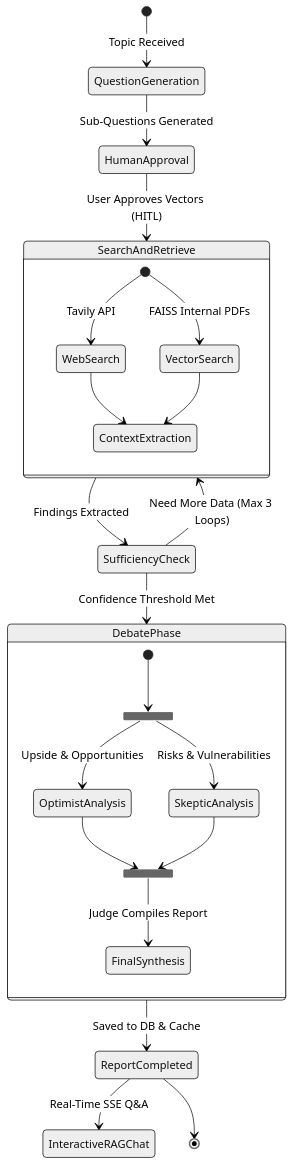
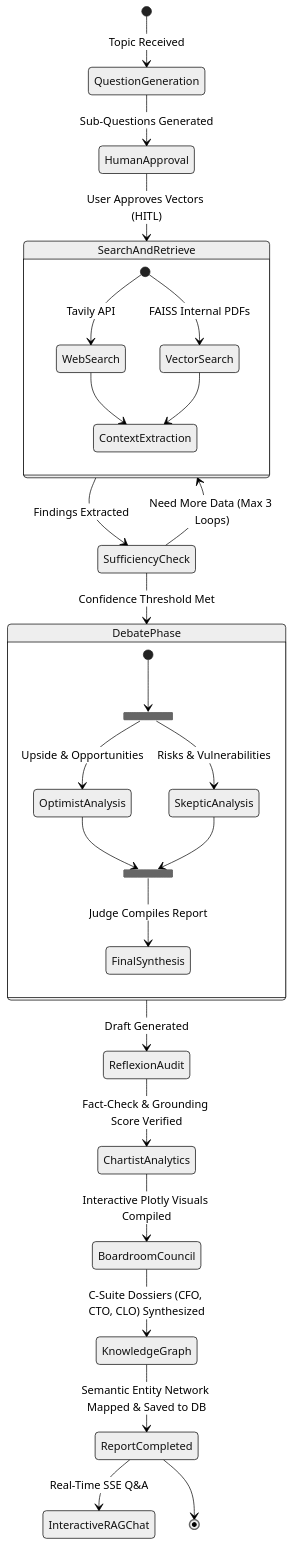
Before and after one commit to Anchalgupta1321/enterprise-research-agent: the second of 2 diagrams in README.md, drawn with Mermaid (neutral theme). The commit also changed other lines of this file and 12 other files, not shown here.

Commit message:
feat: implement 4-tier advanced multi-agent suite with tests and interactive UI visualizers

````diff
--- a/README.md
+++ b/README.md
@@ -145,35 +167,39 @@
 ```mermaid
 stateDiagram-v2
     [*] --> QuestionGeneration: Topic Received
     QuestionGeneration --> HumanApproval: Sub-Questions Generated
     HumanApproval --> SearchAndRetrieve: User Approves Vectors (HITL)
     
     state SearchAndRetrieve {
         [*] --> WebSearch: Tavily API
         [*] --> VectorSearch: FAISS Internal PDFs
         WebSearch --> ContextExtraction
         VectorSearch --> ContextExtraction
     }
     
     SearchAndRetrieve --> SufficiencyCheck: Findings Extracted
     
     state SufficiencyCheck <<choice>>
     SufficiencyCheck --> SearchAndRetrieve: Need More Data (Max 3 Loops)
     SufficiencyCheck --> DebatePhase: Confidence Threshold Met
     
     state DebatePhase {
         state fork_state <<fork>>
         [*] --> fork_state
         fork_state --> OptimistAnalysis: Upside & Opportunities
         fork_state --> SkepticAnalysis: Risks & Vulnerabilities
         
         state join_state <<join>>
         OptimistAnalysis --> join_state
         SkepticAnalysis --> join_state
         join_state --> FinalSynthesis: Judge Compiles Report
     }
     
-    DebatePhase --> ReportCompleted: Saved to DB & Cache
+    DebatePhase --> ReflexionAudit: Draft Generated
+    ReflexionAudit --> ChartistAnalytics: Fact-Check & Grounding Score Verified
+    ChartistAnalytics --> BoardroomCouncil: Interactive Plotly Visuals Compiled
+    BoardroomCouncil --> KnowledgeGraph: C-Suite Dossiers (CFO, CTO, CLO) Synthesized
+    KnowledgeGraph --> ReportCompleted: Semantic Entity Network Mapped & Saved to DB
     ReportCompleted --> InteractiveRAGChat: Real-Time SSE Q&A
     ReportCompleted --> [*]
 ```
````
